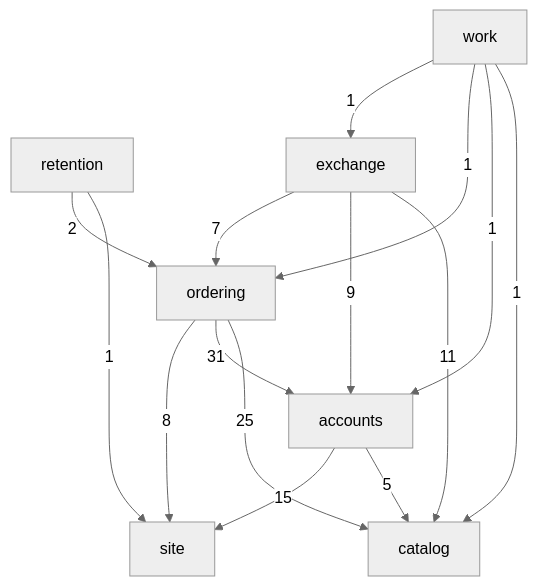
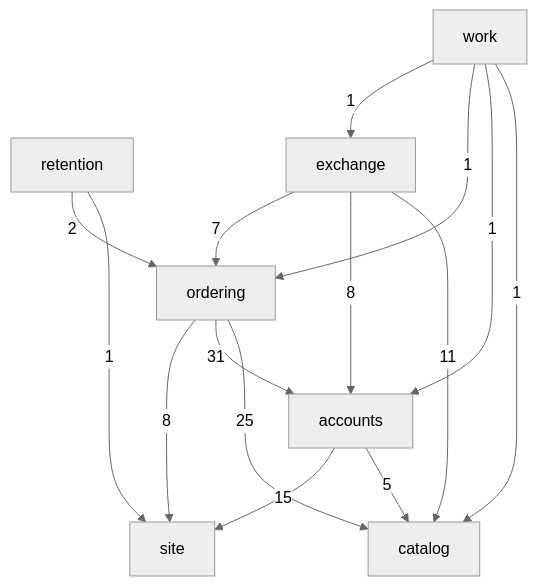
Before and after one commit to vik-koch/b2b-catalog-platform: the third of 5 diagrams in docs/architecture.md, drawn with Mermaid (neutral theme). The commit also changed other lines of this file and 18 other files, not shown here.

Commit message:
Add an identity table and document architecture changes (#471)

````diff
--- a/docs/architecture.md
+++ b/docs/architecture.md
@@ -162,17 +162,17 @@
 ```mermaid
 flowchart TB
   retention -->|2| ordering
   retention -->|1| site
   work -->|1| exchange
   work -->|1| ordering
   work -->|1| accounts
   work -->|1| catalog
   exchange -->|7| ordering
-  exchange -->|9| accounts
+  exchange -->|8| accounts
   exchange -->|11| catalog
   ordering -->|8| site
   ordering -->|31| accounts
   ordering -->|25| catalog
   accounts -->|15| site
   accounts -->|5| catalog
 ```
````
